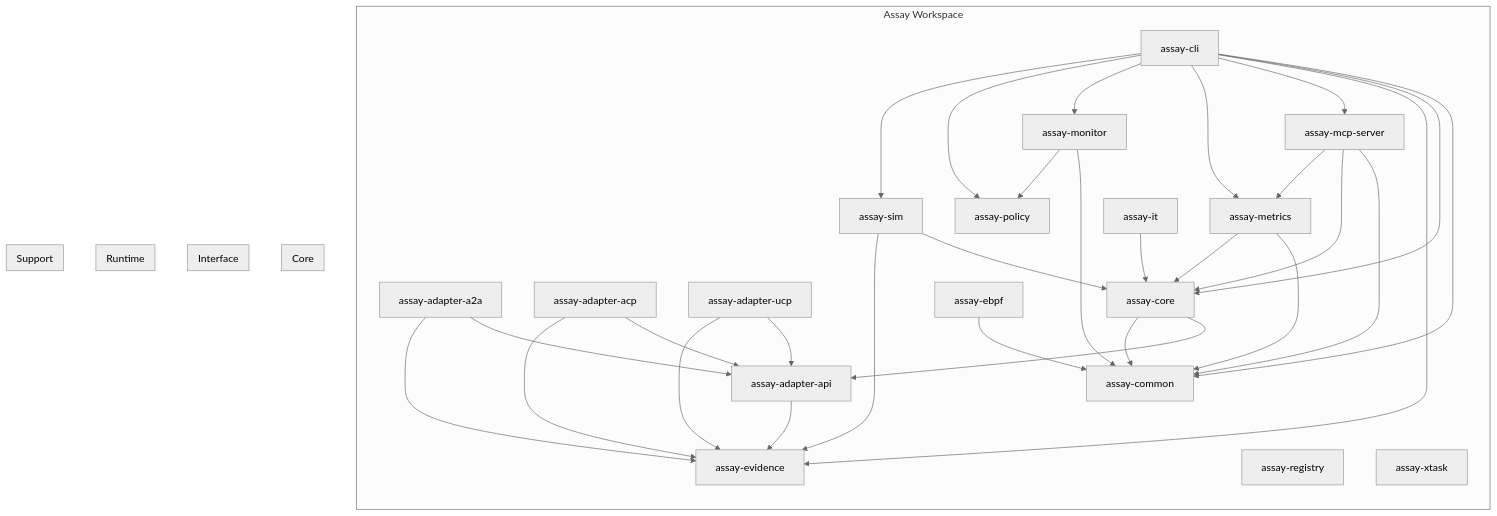
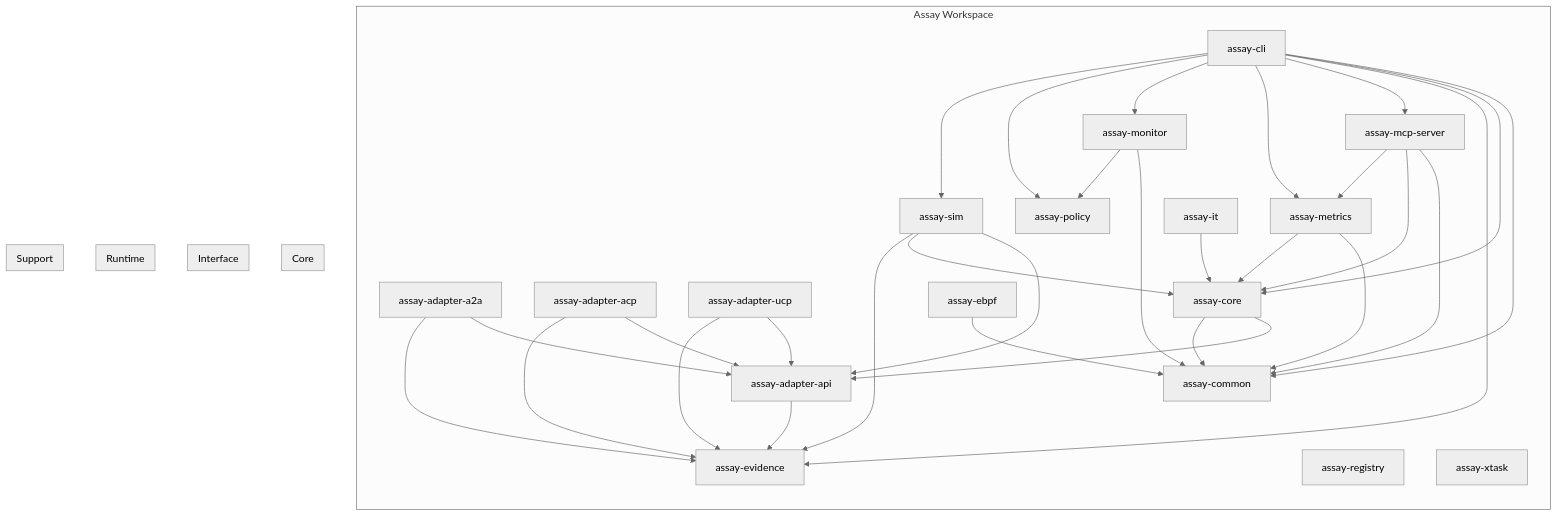
Before and after one commit to Rul1an/assay: the diagram in docs/generated/crate-deps.mermaid, drawn with Mermaid (neutral theme). The commit also changed 1 other file, not shown here.

Commit message:
docs: auto-update diagrams and crate info

```diff
--- a/docs/generated/crate-deps.mermaid
+++ b/docs/generated/crate-deps.mermaid
@@ -1,75 +1,76 @@
 flowchart TB
     subgraph workspace["Assay Workspace"]
         direction TB
         assay_adapter_a2a["assay-adapter-a2a"]
         assay_adapter_acp["assay-adapter-acp"]
         assay_adapter_api["assay-adapter-api"]
         assay_adapter_ucp["assay-adapter-ucp"]
         assay_cli["assay-cli"]
         assay_common["assay-common"]
         assay_core["assay-core"]
         assay_ebpf["assay-ebpf"]
         assay_evidence["assay-evidence"]
         assay_it["assay-it"]
         assay_mcp_server["assay-mcp-server"]
         assay_metrics["assay-metrics"]
         assay_monitor["assay-monitor"]
         assay_policy["assay-policy"]
         assay_registry["assay-registry"]
         assay_sim["assay-sim"]
         assay_xtask["assay-xtask"]
     end
 
     assay_adapter_a2a --> assay_adapter_api
     assay_adapter_a2a --> assay_evidence
     assay_adapter_acp --> assay_adapter_api
     assay_adapter_acp --> assay_evidence
     assay_adapter_api --> assay_evidence
     assay_adapter_ucp --> assay_adapter_api
     assay_adapter_ucp --> assay_evidence
     assay_cli --> assay_common
     assay_cli --> assay_core
     assay_cli --> assay_evidence
     assay_cli --> assay_mcp_server
     assay_cli --> assay_metrics
     assay_cli --> assay_monitor
     assay_cli --> assay_policy
     assay_cli --> assay_sim
     assay_core --> assay_adapter_api
     assay_core --> assay_common
     assay_ebpf --> assay_common
     assay_it --> assay_core
     assay_mcp_server --> assay_common
     assay_mcp_server --> assay_core
     assay_mcp_server --> assay_metrics
     assay_metrics --> assay_common
     assay_metrics --> assay_core
     assay_monitor --> assay_common
     assay_monitor --> assay_policy
+    assay_sim --> assay_adapter_api
     assay_sim --> assay_core
     assay_sim --> assay_evidence
 
     %% Logical groupings for readability
     subgraph core["Core"]
         assay_core
         assay_metrics
         assay_policy
         assay_evidence
         assay_common
     end
 
     subgraph interface["Interface"]
         assay_cli
         assay_mcp_server
     end
 
     subgraph runtime["Runtime"]
         assay_monitor
         assay_ebpf
     end
 
     subgraph support["Support"]
         assay_sim
         assay_xtask
         assay_registry
     end
```
